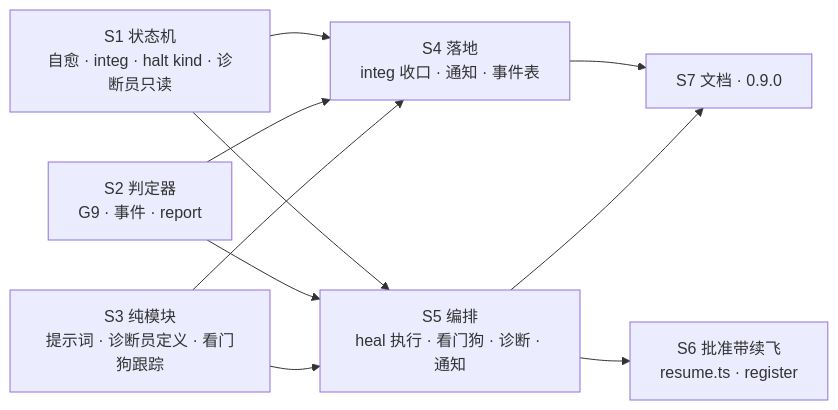
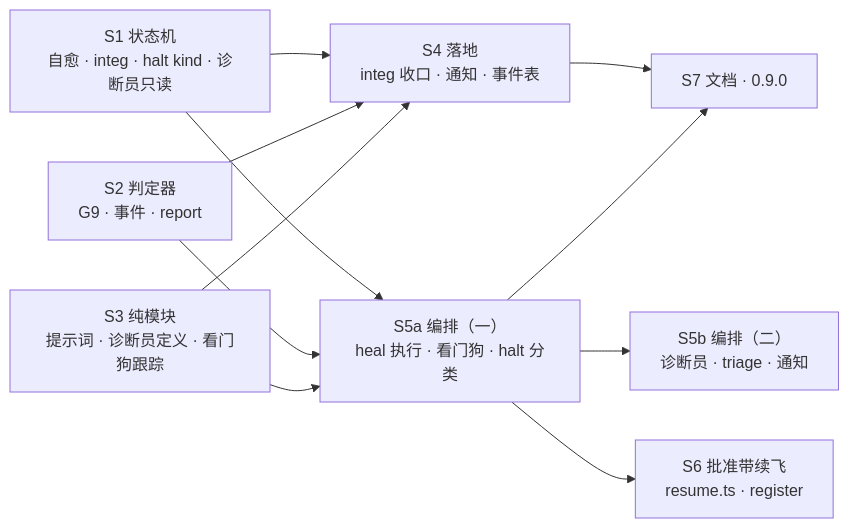
Before and after one commit to akarizo/intent-driven-claude-code: the third of 3 diagrams in template/openspec/changes/flight-unattended/design.md, drawn with Mermaid. The commit also changed other lines of this file and 11 other files, not shown here.

````diff
--- a/template/openspec/changes/flight-unattended/design.md
+++ b/template/openspec/changes/flight-unattended/design.md
@@ -330,12 +336,13 @@
 ```mermaid
 flowchart LR
   S1["S1 状态机<br/>自愈 · integ · halt kind · 诊断员只读"] --> S4["S4 落地<br/>integ 收口 · 通知 · 事件表"]
   S2["S2 判定器<br/>G9 · 事件 · report"] --> S4
   S3["S3 纯模块<br/>提示词 · 诊断员定义 · 看门狗跟踪"] --> S4
-  S1 --> S5["S5 编排<br/>heal 执行 · 看门狗 · 诊断 · 通知"]
-  S2 --> S5
-  S3 --> S5
-  S5 --> S6["S6 批准带续飞<br/>resume.ts · register"]
+  S1 --> S5a["S5a 编排（一）<br/>heal 执行 · 看门狗 · halt 分类"]
+  S2 --> S5a
+  S3 --> S5a
+  S5a --> S5b["S5b 编排（二）<br/>诊断员 · triage · 通知"]
+  S5a --> S6["S6 批准带续飞<br/>resume.ts · register"]
   S4 --> S7["S7 文档 · 0.9.0"]
-  S5 --> S7
+  S5a --> S7
 ```
````
